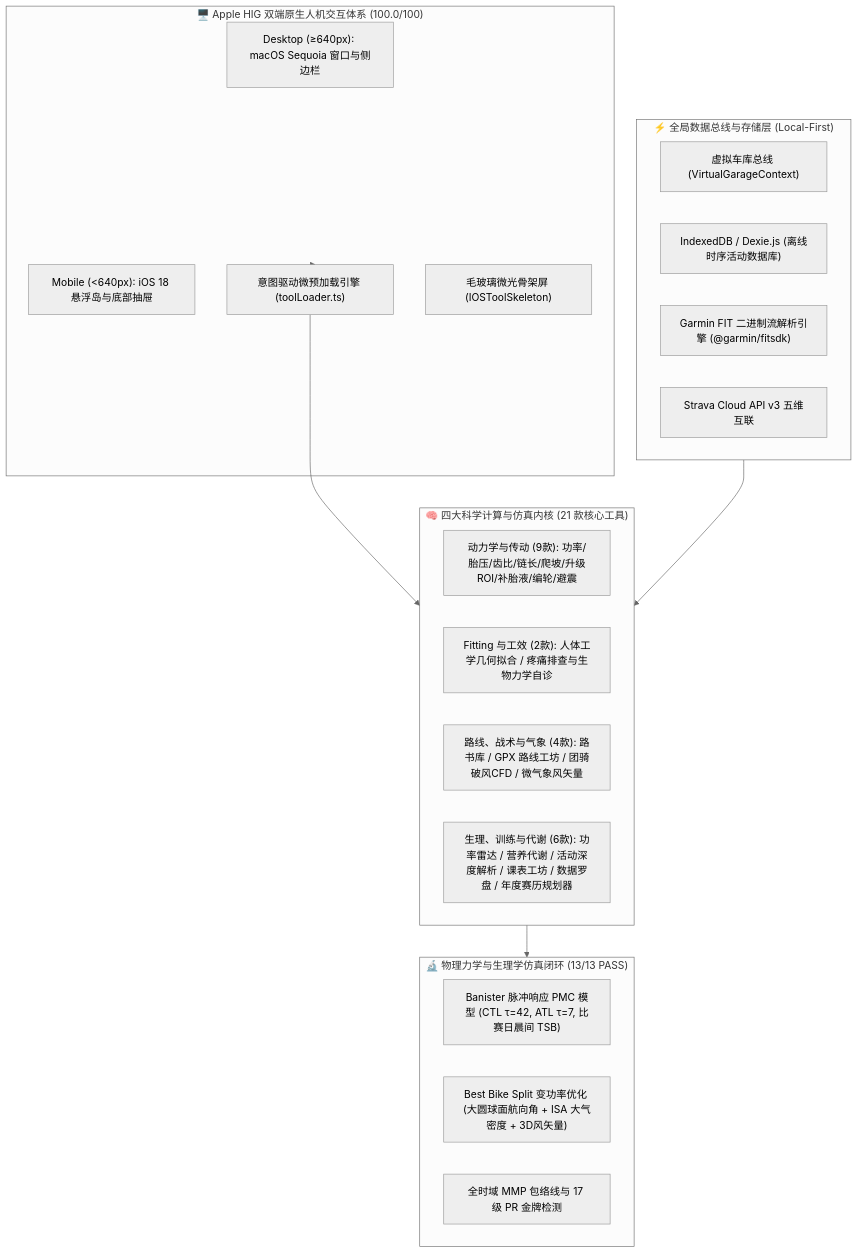
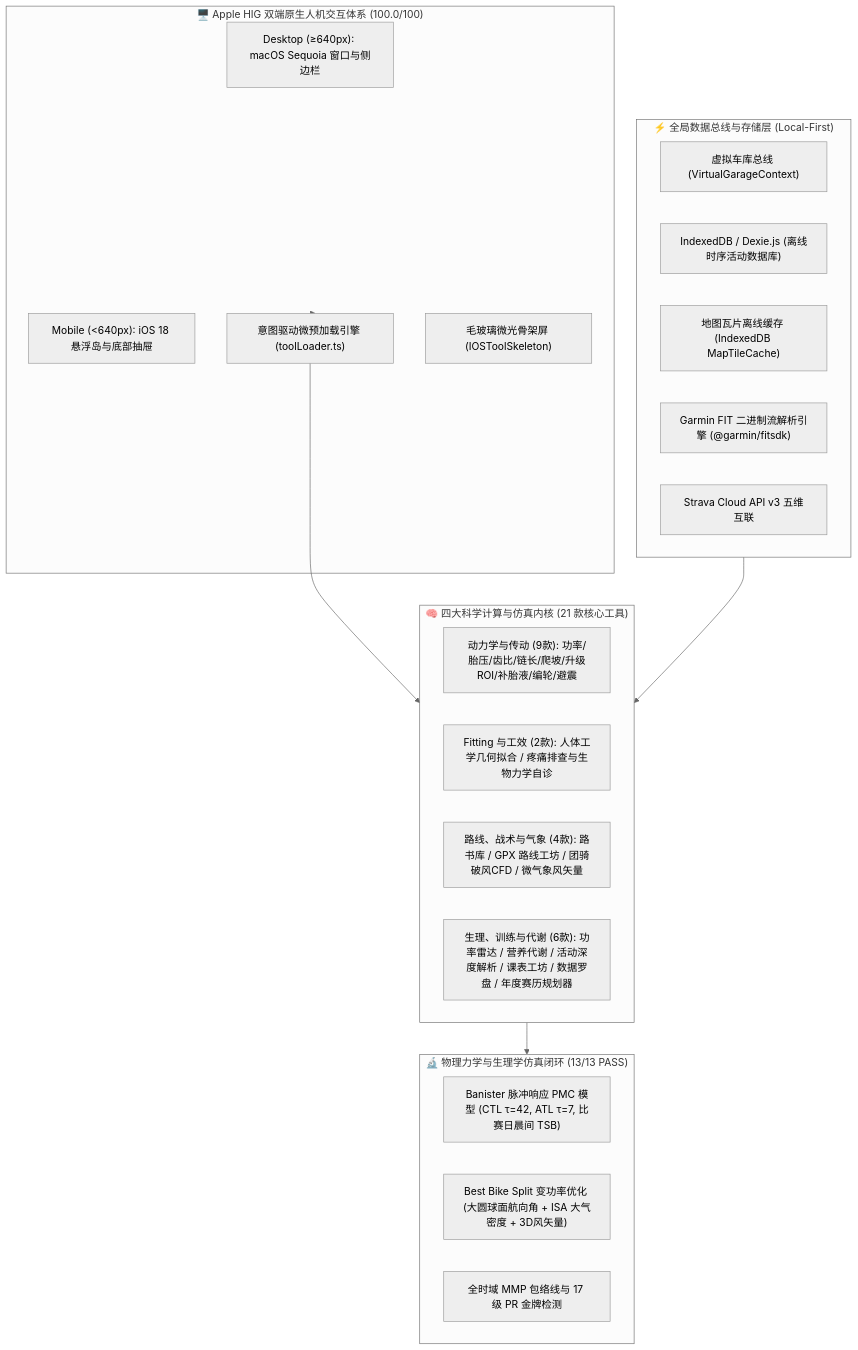
The diagram in README.md (TrojanFish/labao), drawn with Mermaid (neutral theme) before and after one commit. The commit also changed other lines of this file and 1 other file, not shown here.

Commit message:
fix(ui): 移除顶部导航栏明暗主题切换图标并优化完善 README 文档

````diff
--- a/README.md
+++ b/README.md
@@ -32,33 +34,34 @@
 ```mermaid
 graph TB
     subgraph ClientUI ["🖥️ Apple HIG 双端原生人机交互体系 (100.0/100)"]
         DTop["Desktop (≥640px): macOS Sequoia 窗口与侧边栏"]
         Mob["Mobile (<640px): iOS 18 悬浮岛与底部抽屉"]
         Prefetch["意图驱动微预加载引擎 (toolLoader.ts)"]
         Skel["毛玻璃微光骨架屏 (IOSToolSkeleton)"]
     end
 
     subgraph DataBus ["⚡ 全局数据总线与存储层 (Local-First)"]
         VG["虚拟车库总线 (VirtualGarageContext)"]
         IDB["IndexedDB / Dexie.js (离线时序活动数据库)"]
+        TileCache["地图瓦片离线缓存 (IndexedDB MapTileCache)"]
         FIT["Garmin FIT 二进制流解析引擎 (@garmin/fitsdk)"]
         StravaAPI["Strava Cloud API v3 五维互联"]
     end
 
     subgraph CoreEngines ["🧠 四大科学计算与仿真内核 (21 款核心工具)"]
         E1["动力学与传动 (9款): 功率/胎压/齿比/链长/爬坡/升级ROI/补胎液/编轮/避震"]
         E2["Fitting 与工效 (2款): 人体工学几何拟合 / 疼痛排查与生物力学自诊"]
         E3["路线、战术与气象 (4款): 路书库 / GPX 路线工坊 / 团骑破风CFD / 微气象风矢量"]
         E4["生理、训练与代谢 (6款): 功率雷达 / 营养代谢 / 活动深度解析 / 课表工坊 / 数据罗盘 / 年度赛历规划器"]
     end
 
     subgraph SimEngines ["🔬 物理力学与生理学仿真闭环 (13/13 PASS)"]
         PMC_Sim["Banister 脉冲响应 PMC 模型 (CTL τ=42, ATL τ=7, 比赛日晨间 TSB)"]
         BBS_Sim["Best Bike Split 变功率优化 (大圆球面航向角 + ISA 大气密度 + 3D风矢量)"]
         MMP_Sim["全时域 MMP 包络线与 17 级 PR 金牌检测"]
     end
 
     ClientUI --> Prefetch --> CoreEngines
     DataBus --> CoreEngines
     CoreEngines --> SimEngines
 ```
````
